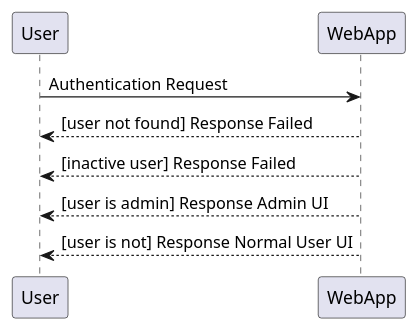
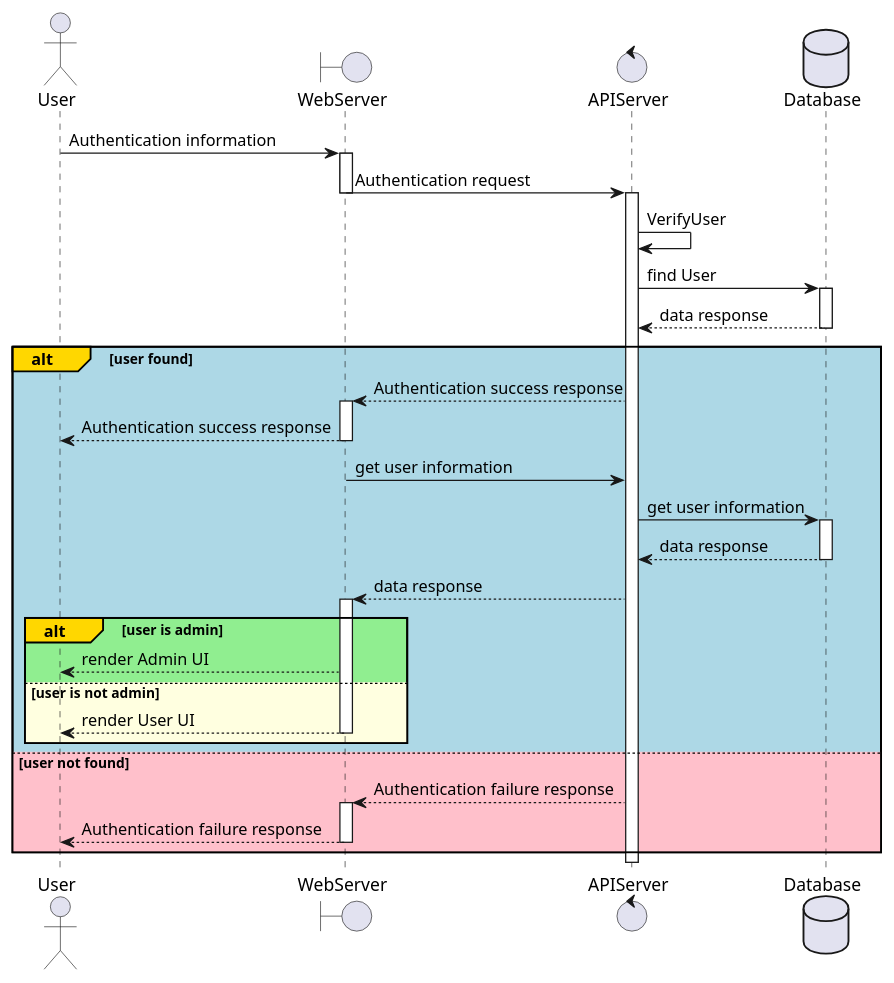
One commit to felixnguyen678/project-todo-app-lb4 changed the diagram in docs/authentication.sequence.plantuml. Above: the diagram before and after it, drawn with PlantUML.

Commit message:
fix sequence diagram

```diff
--- a/docs/authentication.sequence.plantuml
+++ b/docs/authentication.sequence.plantuml
@@ -2,8 +2,28 @@
 @startuml
-User -> WebApp: Authentication Request
-WebApp --> User: [user not found] Response Failed
-WebApp --> User: [inactive user] Response Failed
+actor User
+boundary WebServer
+control APIServer
+database Database
+User -> WebServer ++: Authentication information
+WebServer -> APIServer --++: Authentication request
+APIServer -> APIServer: VerifyUser
+APIServer -> Database ++: find User
+Database --> APIServer --: data response
+alt#Gold #LightBlue user found
+    APIServer --> WebServer ++: Authentication success response
+    WebServer --> User --: Authentication success response
+    WebServer -> APIServer: get user information
+    APIServer -> Database ++: get user information
+    Database --> APIServer --: data response
+    APIServer --> WebServer ++: data response
+    alt#Gold #LightGreen user is admin
+        WebServer --> User: render Admin UI
+    else #LightYellow user is not admin
+        WebServer --> User --: render User UI
+    end
+else #Pink user not found
+    APIServer --> WebServer ++: Authentication failure response
+    WebServer --> User --: Authentication failure response
 
-WebApp --> User: [user is admin] Response Admin UI
-WebApp --> User: [user is not] Response Normal User UI
+end
 @enduml
```
